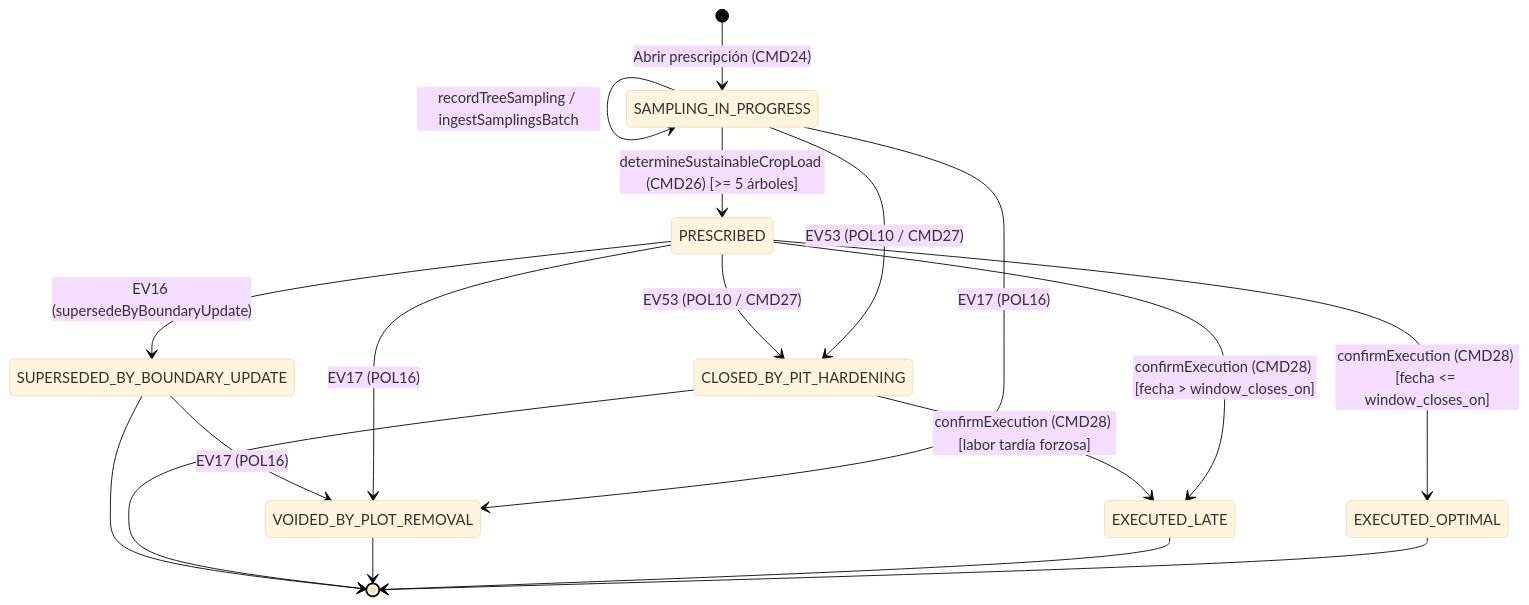
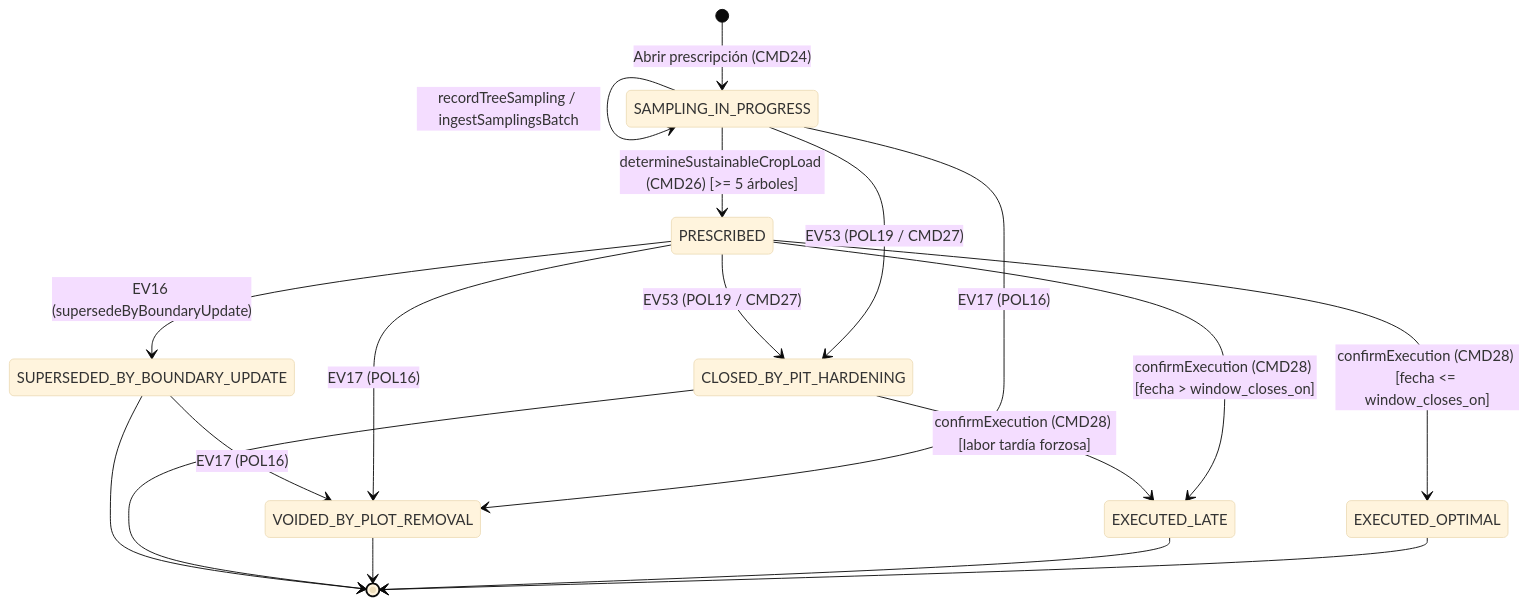
Before and after one commit to upc-pre-1acc0238-2620-4951-arcadiadevs/viora-report: the fourth of 6 diagrams in docs/tactical-ddd/crop-load-regulation-tactical-ddd.md, drawn with Mermaid (base theme). The commit also changed other lines of this file and 1 other file, not shown here.

First line of the commit message:
fix(tactical-ddd): relabel ev53 handler from pol10 to pol19

````diff
--- a/docs/tactical-ddd/crop-load-regulation-tactical-ddd.md
+++ b/docs/tactical-ddd/crop-load-regulation-tactical-ddd.md
@@ -899,23 +899,23 @@
 ```mermaid
 stateDiagram-v2
     [*] --> SAMPLING_IN_PROGRESS: Abrir prescripción (CMD24)
     SAMPLING_IN_PROGRESS --> SAMPLING_IN_PROGRESS: recordTreeSampling / ingestSamplingsBatch
     SAMPLING_IN_PROGRESS --> PRESCRIBED: determineSustainableCropLoad (CMD26) [>= 5 árboles]
-    SAMPLING_IN_PROGRESS --> CLOSED_BY_PIT_HARDENING: EV53 (POL10 / CMD27)
+    SAMPLING_IN_PROGRESS --> CLOSED_BY_PIT_HARDENING: EV53 (POL19 / CMD27)
     SAMPLING_IN_PROGRESS --> VOIDED_BY_PLOT_REMOVAL: EV17 (POL16)
 
     PRESCRIBED --> EXECUTED_OPTIMAL: confirmExecution (CMD28) [fecha <= window_closes_on]
     PRESCRIBED --> EXECUTED_LATE: confirmExecution (CMD28) [fecha > window_closes_on]
-    PRESCRIBED --> CLOSED_BY_PIT_HARDENING: EV53 (POL10 / CMD27)
+    PRESCRIBED --> CLOSED_BY_PIT_HARDENING: EV53 (POL19 / CMD27)
     PRESCRIBED --> SUPERSEDED_BY_BOUNDARY_UPDATE: EV16 (supersedeByBoundaryUpdate)
     PRESCRIBED --> VOIDED_BY_PLOT_REMOVAL: EV17 (POL16)
 
     CLOSED_BY_PIT_HARDENING --> EXECUTED_LATE: confirmExecution (CMD28) [labor tardía forzosa]
     SUPERSEDED_BY_BOUNDARY_UPDATE --> VOIDED_BY_PLOT_REMOVAL: EV17 (POL16)
 
     EXECUTED_OPTIMAL --> [*]
     EXECUTED_LATE --> [*]
     VOIDED_BY_PLOT_REMOVAL --> [*]
     CLOSED_BY_PIT_HARDENING --> [*]
     SUPERSEDED_BY_BOUNDARY_UPDATE --> [*]
 ```
````
